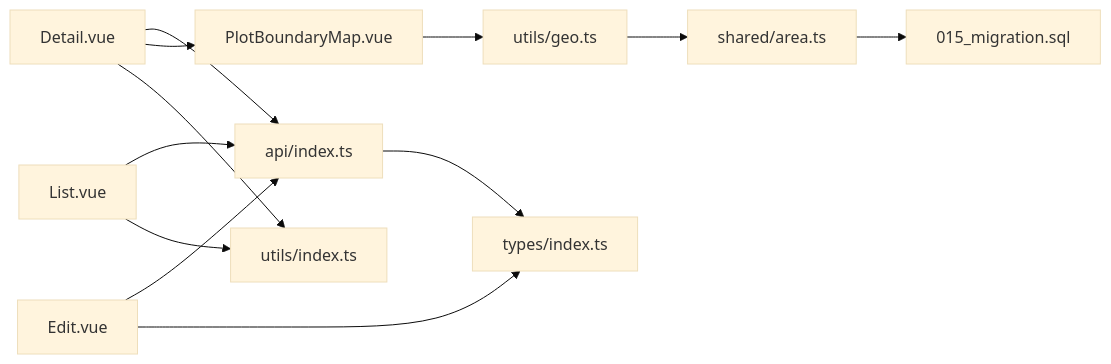
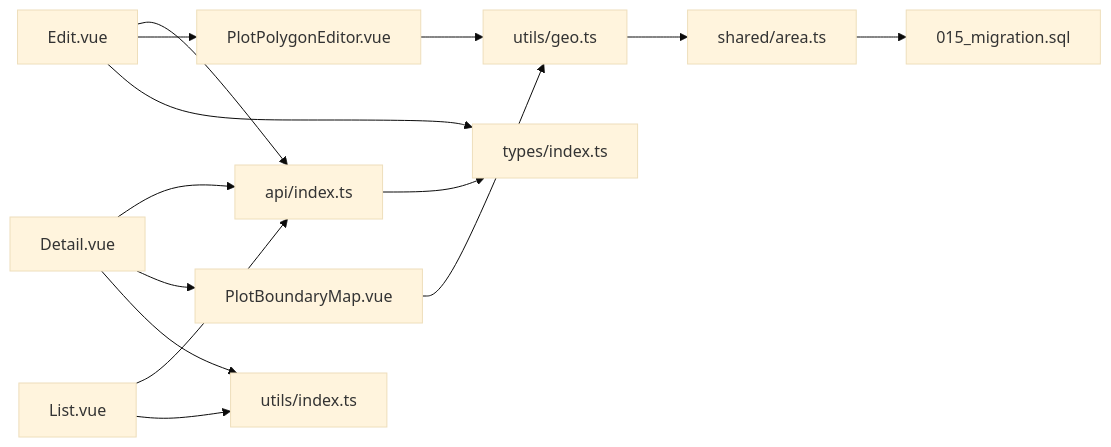
Diagram 11 of 11 in .qoder/repowiki/zh/content/前端应用文档/核心页面/地块管理页面/地块管理页面.md (q446328246/agri-platform), drawn with Mermaid (base theme) before and after one commit. The commit also changed other lines of this file and 52 other files, not shown here.

````diff
--- a/.qoder/repowiki/zh/content/前端应用文档/核心页面/地块管理页面/地块管理页面.md
+++ b/.qoder/repowiki/zh/content/前端应用文档/核心页面/地块管理页面/地块管理页面.md
@@ -465,14 +537,16 @@
 ```mermaid
 graph LR
 List["List.vue"] --> Api["api/index.ts"]
 Detail["Detail.vue"] --> Api
 Edit["Edit.vue"] --> Api
 Detail --> Map["PlotBoundaryMap.vue"]
-Map --> Geo["utils/geo.ts"]
+Edit --> PolygonEditor["PlotPolygonEditor.vue"]
+PolygonEditor --> Geo["utils/geo.ts"]
+Map --> Geo
 List --> Common["utils/index.ts"]
 Detail --> Common
 Edit --> Types["types/index.ts"]
 Api --> Types
 Geo --> Shared["shared/area.ts"]
 Shared --> Migration["015_migration.sql"]
 ```
````
